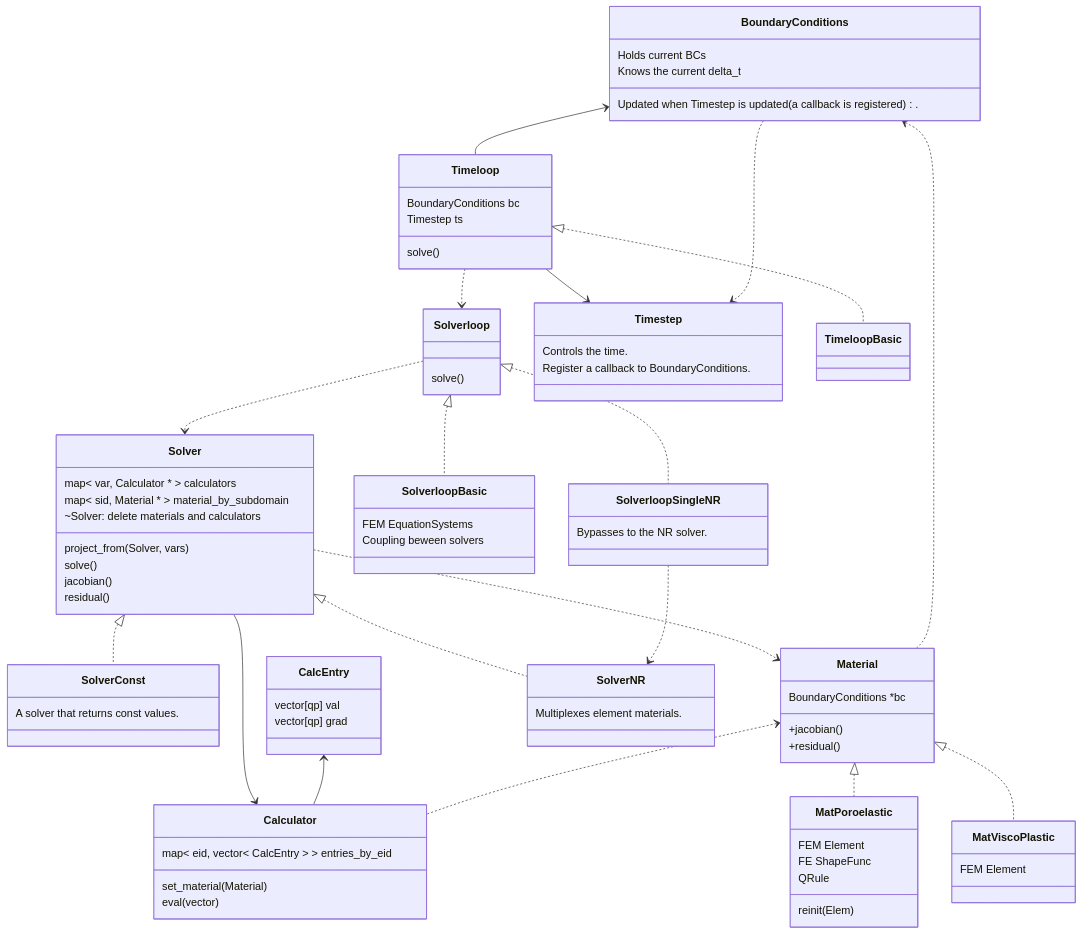
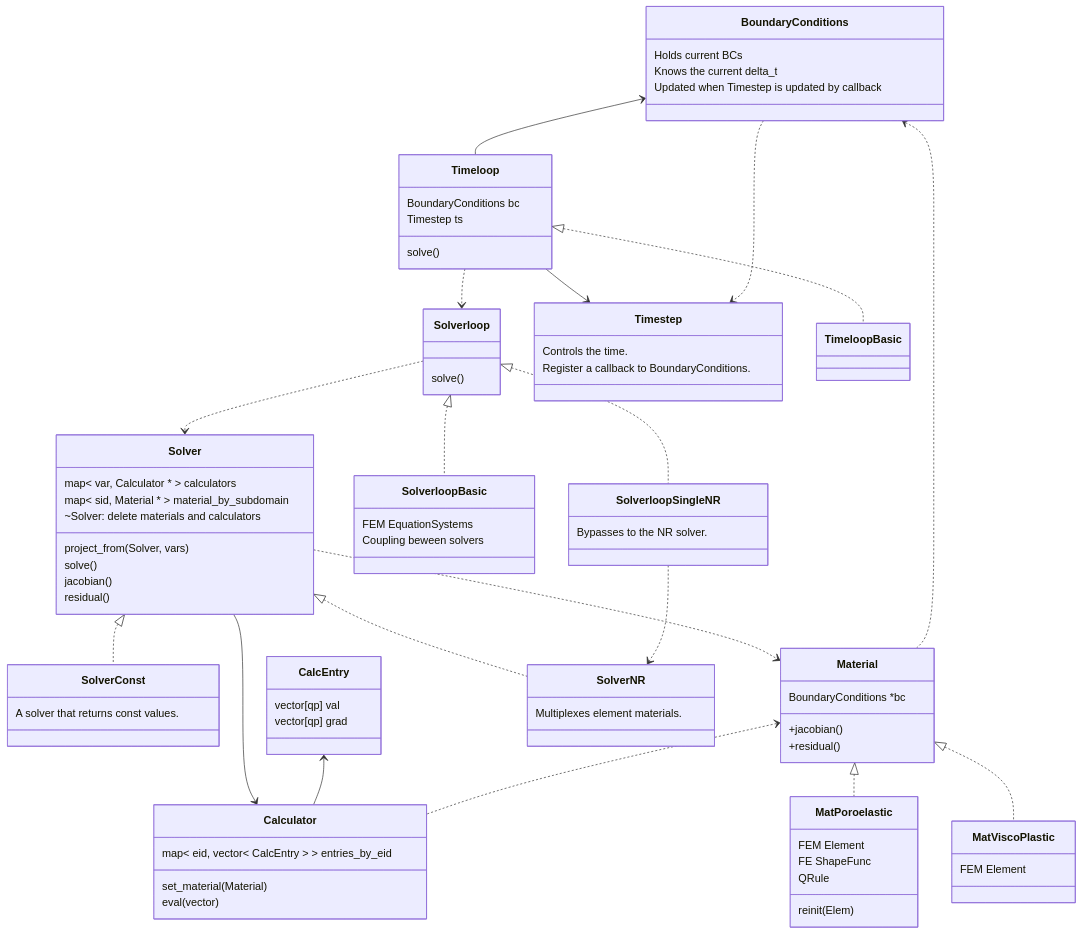
One commit to rebpoli/harpy changed the diagram in include/README.md. Above: the diagram before and after it, drawn with Mermaid.

```diff
--- a/include/README.md
+++ b/include/README.md
@@ -66,7 +66,7 @@
     class BoundaryConditions { 
         Holds current BCs
         Knows the current delta_t
-        Updated when Timestep is updated (a callback is registered).
+        Updated when Timestep is updated by callback
     }
     BoundaryConditions ..> Timestep
 
```
